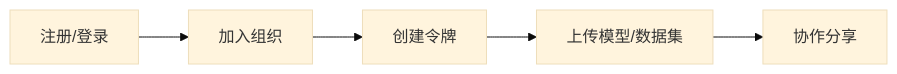
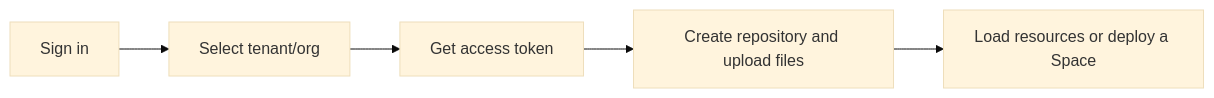
Before and after one commit to poxiaoyun/docs: the diagram in src/pages/docs/en/30.moha/03.quickstart/index.md, drawn with Mermaid (base theme). The commit also changed other lines of this file and 463 other files, not shown here.

````diff
--- a/src/pages/docs/en/30.moha/03.quickstart/index.md
+++ b/src/pages/docs/en/30.moha/03.quickstart/index.md
@@ -24,7 +20,7 @@
 ```mermaid
 flowchart LR
-    A["注册/登录"] --> B["加入组织"]
-    B --> C["创建令牌"]
-    C --> D["上传模型/数据集"]
-    D --> E["协作分享"]
+    A["Sign in"] --> B["Select tenant/org"]
+    B --> C["Get access token"]
+    C --> D["Create repository and upload files"]
+    D --> E["Load resources or deploy a Space"]
 ```
````
